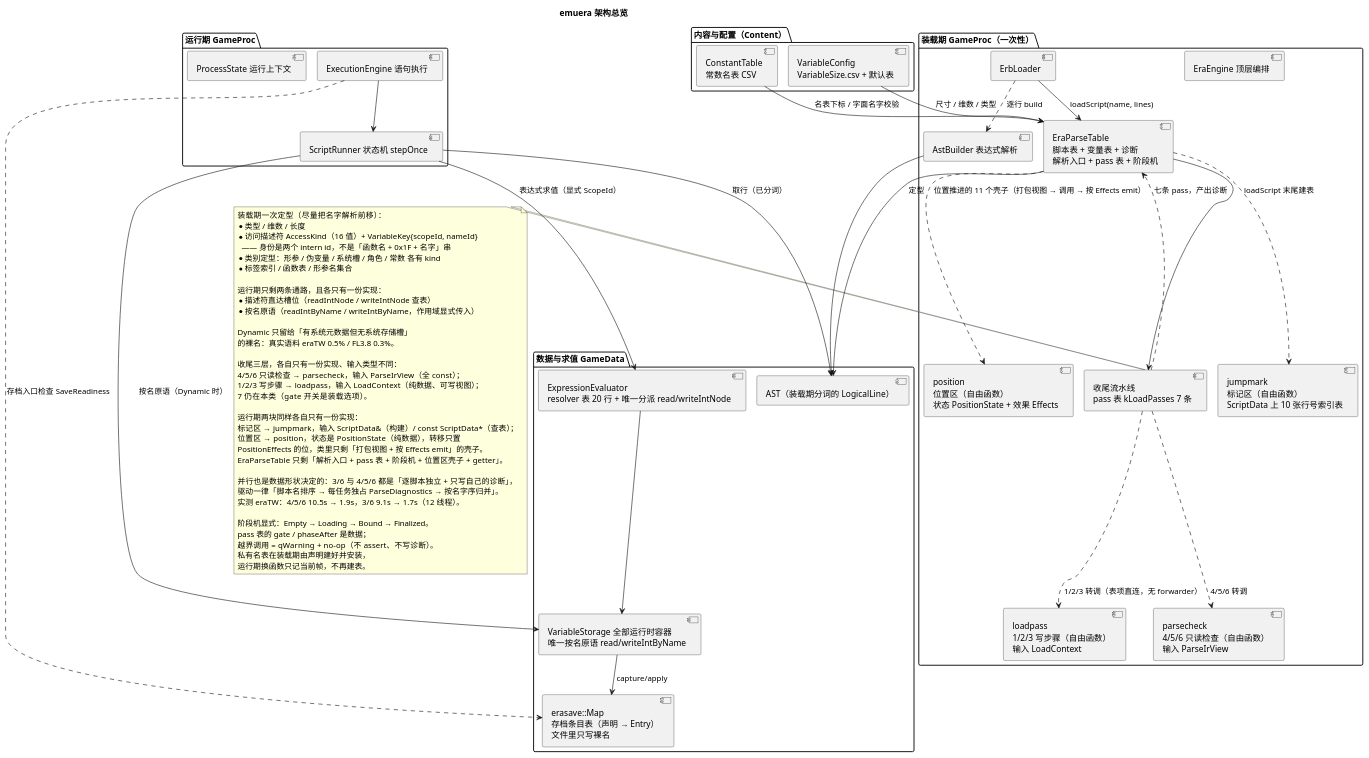
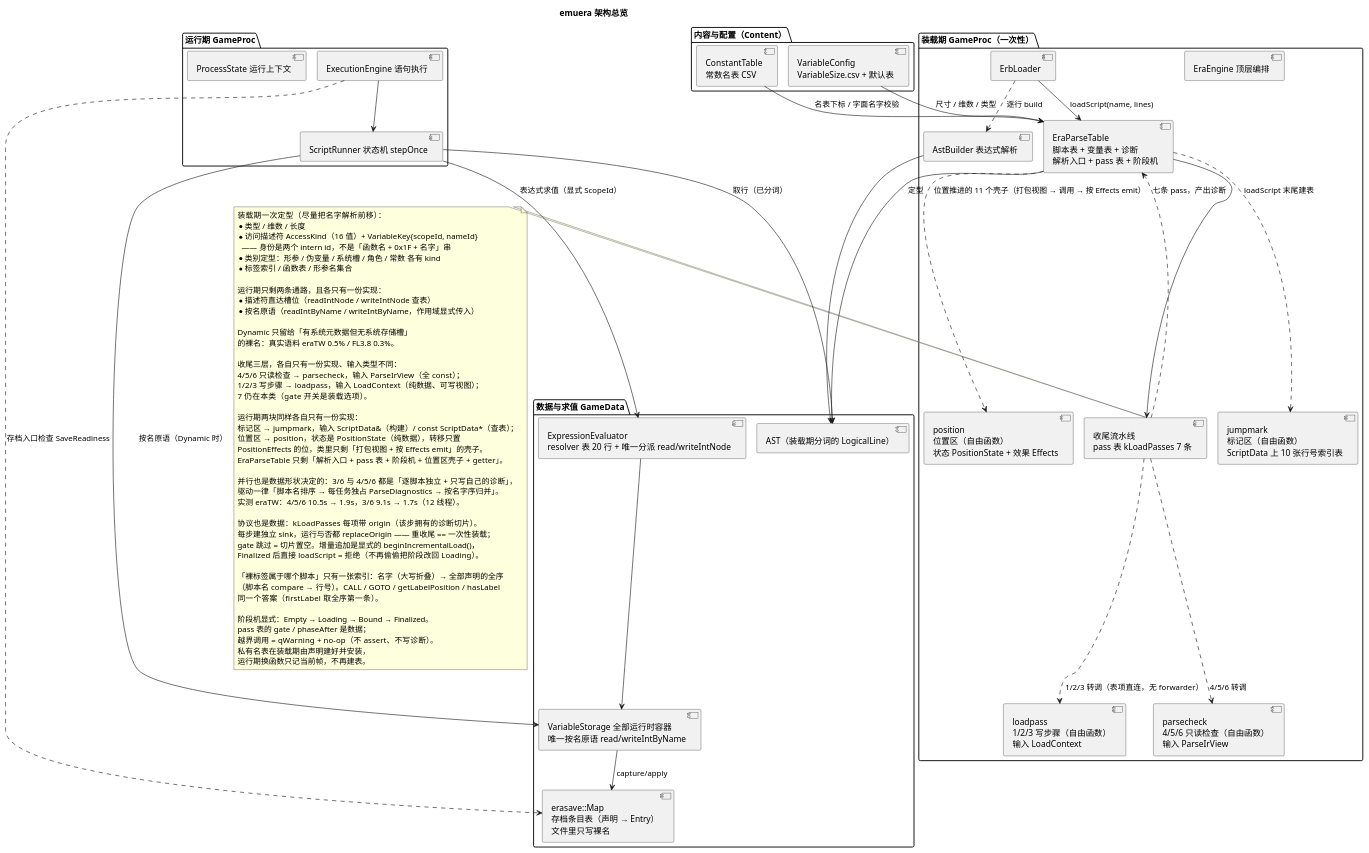
Before and after one commit to yigekuyou/qt-eraemu: the diagram in docs/uml/00-overview.puml, drawn with PlantUML. The commit also changed 5 other files, not shown here.

First line of the commit message:
docs/uml：标签索引 / 诊断切片 / 增量协议 / 常数作用域，补齐五刀代码

```diff
--- a/docs/uml/00-overview.puml
+++ b/docs/uml/00-overview.puml
@@ -1,94 +1,103 @@
 @startuml 00-overview
 ' 无 graphviz(dot) 时用 PlantUML 内置 smetana 布局引擎（有 dot 可删掉这两行）
 !pragma layout smetana
 ' emuera —— 架构总览：装载期一次定型，运行期只做存取
 ' 渲染：plantuml -tpng docs/uml/00-overview.puml
 title emuera 架构总览
 
 package "装载期 GameProc（一次性）" {
   [EraEngine 顶层编排] as Engine
   [ErbLoader] as Loader
   [AstBuilder 表达式解析] as Builder
   [EraParseTable\n脚本表 + 变量表 + 诊断\n解析入口 + pass 表 + 阶段机] as Table
   [收尾流水线\npass 表 kLoadPasses 7 条] as Finish
   [parsecheck\n4/5/6 只读检查（自由函数）\n输入 ParseIrView] as Checks
   [loadpass\n1/2/3 写步骤（自由函数）\n输入 LoadContext] as Writes
   [jumpmark\n标记区（自由函数）\nScriptData 上 10 张行号索引表] as Mark
   [position\n位置区（自由函数）\n状态 PositionState + 效果 Effects] as Pos
 }
 
 package "内容与配置（Content）" {
   [ConstantTable\n常数名表 CSV] as Consts
   [VariableConfig\nVariableSize.csv + 默认表] as Config
 }
 
 package "运行期 GameProc" {
   [ExecutionEngine 语句执行] as Exec
   [ScriptRunner 状态机 stepOnce] as Runner
   [ProcessState 运行上下文] as State
 }
 
 package "数据与求值 GameData" {
   [AST（装载期分词的 LogicalLine）] as AST
   [VariableStorage 全部运行时容器\n唯一按名原语 read/writeIntByName] as Storage
   [ExpressionEvaluator\nresolver 表 20 行 + 唯一分派 read/writeIntNode] as Eval
   [erasave::Map\n存档条目表（声明 → Entry）\n文件里只写裸名] as Save
 }
 
 Loader ..> Builder : 逐行 build
 Loader --> Table : loadScript(name, lines)
 Builder --> AST
 Finish ..> Table : 七条 pass，产出诊断
 Table --> Finish
 Finish ..> Checks : 4/5/6 转调
 Finish ..> Writes : 1/2/3 转调（表项直连，无 forwarder）
 Table ..> Mark : loadScript 末尾建表
 Table ..> Pos : 位置推进的 11 个壳子（打包视图 → 调用 → 按 Effects emit）
 Consts --> Table : 名表下标 / 字面名字校验
 Config --> Table : 尺寸 / 维数 / 类型
 Exec --> Runner
 Runner --> AST : 取行（已分词）
 Runner --> Storage : 按名原语（Dynamic 时）
 Runner --> Eval : 表达式求值（显式 ScopeId）
 Eval --> Storage
 Storage --> Save : capture/apply
 Exec ..> Save : 存档入口检查 SaveReadiness
 Table --> AST : 定型
 
 note right of Finish
   装载期一次定型（尽量把名字解析前移）：
   * 类型 / 维数 / 长度
   * 访问描述符 AccessKind（16 值）+ VariableKey{scopeId, nameId}
     —— 身份是两个 intern id，不是「函数名 + 0x1F + 名字」串
   * 类别定型：形参 / 伪变量 / 系统槽 / 角色 / 常数 各有 kind
   * 标签索引 / 函数表 / 形参名集合
 
   运行期只剩两条通路，且各只有一份实现：
   * 描述符直达槽位（readIntNode / writeIntNode 查表）
   * 按名原语（readIntByName / writeIntByName，作用域显式传入）
 
   Dynamic 只留给「有系统元数据但无系统存储槽」
   的裸名：真实语料 eraTW 0.5% / FL3.8 0.3%。
 
   收尾三层，各自只有一份实现、输入类型不同：
   4/5/6 只读检查 → parsecheck，输入 ParseIrView（全 const）；
   1/2/3 写步骤 → loadpass，输入 LoadContext（纯数据、可写视图）；
   7 仍在本类（gate 开关是装载选项）。
 
   运行期两块同样各自只有一份实现：
   标记区 → jumpmark，输入 ScriptData&（构建）/ const ScriptData*（查表）；
   位置区 → position，状态是 PositionState（纯数据），转移只置
   PositionEffects 的位，类里只剩「打包视图 + 按 Effects emit」的壳子。
   EraParseTable 只剩「解析入口 + pass 表 + 阶段机 + 位置区壳子 + getter」。
 
   并行也是数据形状决定的：3/6 与 4/5/6 都是「逐脚本独立 + 只写自己的诊断」，
   驱动一律「脚本名排序 → 每任务独占 ParseDiagnostics → 按名字序归并」。
   实测 eraTW：4/5/6 10.5s → 1.9s，3/6 9.1s → 1.7s（12 线程）。
 
+  协议也是数据：kLoadPasses 每项带 origin（该步拥有的诊断切片）。
+  每步建独立 sink，运行与否都 replaceOrigin —— 重收尾 == 一次性装载；
+  gate 跳过 = 切片置空。增量追加是显式的 beginIncrementalLoad()，
+  Finalized 后直接 loadScript = 拒绝（不再偷偷把阶段改回 Loading）。
+
+  「裸标签属于哪个脚本」只有一张索引：名字（大写折叠）→ 全部声明的全序
+  （脚本名 compare → 行号）。CALL / GOTO / getLabelPosition / hasLabel
+  同一个答案（firstLabel 取全序第一条）。
+
   阶段机显式：Empty → Loading → Bound → Finalized。
   pass 表的 gate / phaseAfter 是数据；
   越界调用 = qWarning + no-op（不 assert、不写诊断）。
   私有名表在装载期由声明建好并安装，
   运行期换函数只记当前帧，不再建表。
 end note
 @enduml
```
